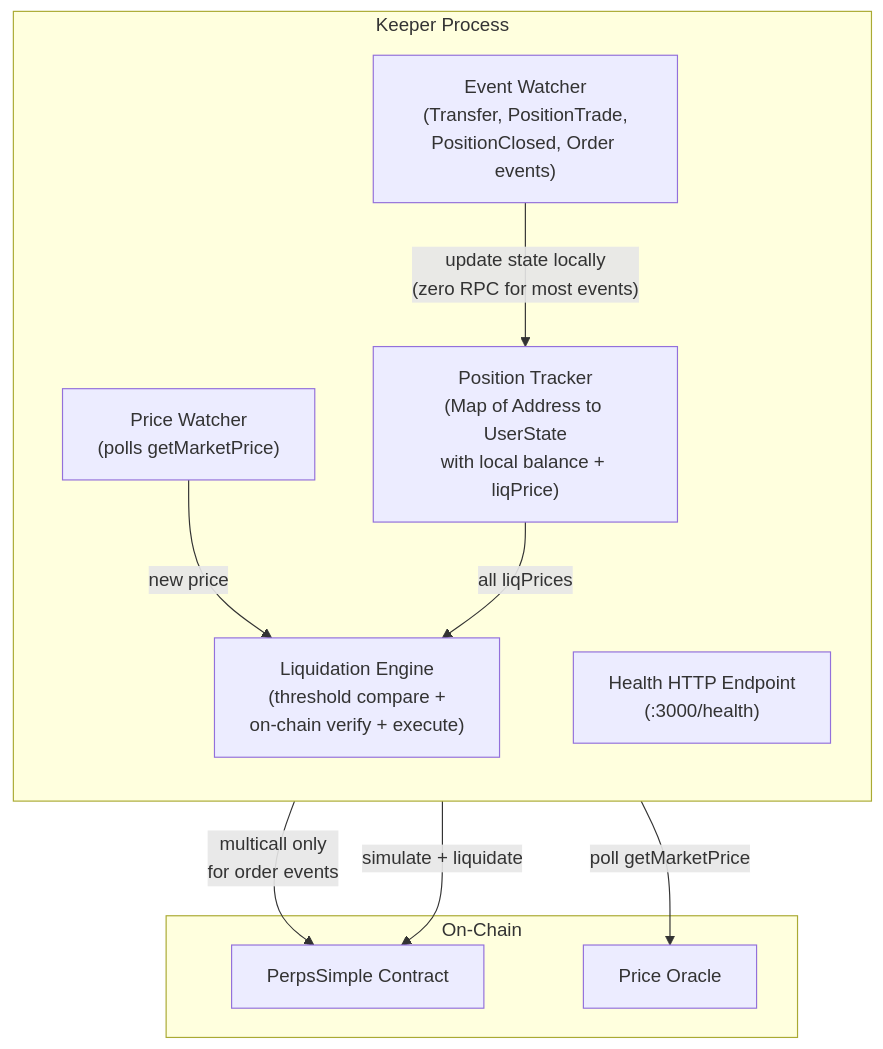
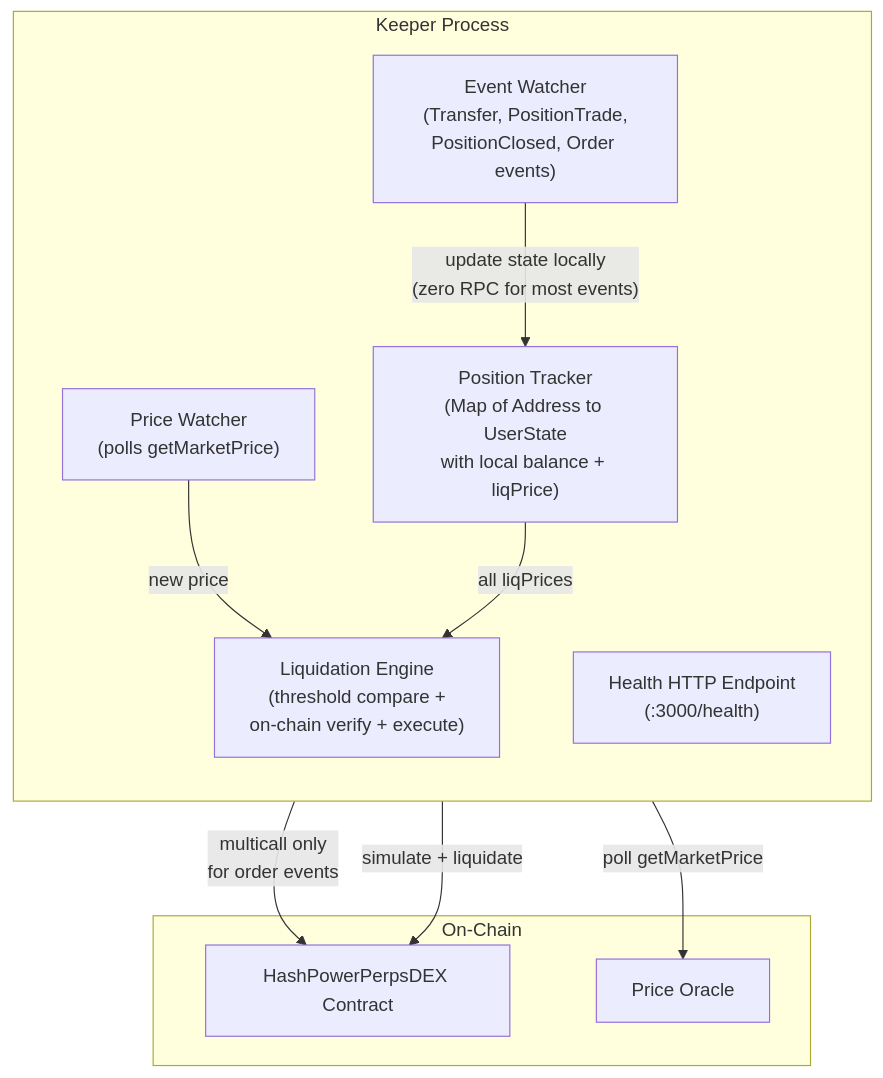
The diagram in keeper/README.md (Lumerin-protocol/derivatives-marketplace), drawn with Mermaid before and after one commit. The commit also changed other lines of this file and 68 other files, not shown here.

````diff
--- a/keeper/README.md
+++ b/keeper/README.md
@@ -81,23 +81,23 @@
 ```mermaid
 flowchart TB
     subgraph keeper [Keeper Process]
         direction TB
         EventWatcher["Event Watcher\n(Transfer, PositionTrade,\nPositionClosed, Order events)"]
         Tracker["Position Tracker\n(Map of Address to UserState\nwith local balance + liqPrice)"]
         PriceWatcher["Price Watcher\n(polls getMarketPrice)"]
         LiqEngine["Liquidation Engine\n(threshold compare +\non-chain verify + execute)"]
         HealthEndpoint["Health HTTP Endpoint\n(:3000/health)"]
     end
 
     subgraph chain [On-Chain]
-        PerpsContract["PerpsSimple Contract"]
+        PerpsContract["HashPowerPerpsDEX Contract"]
         Oracle["Price Oracle"]
     end
 
     EventWatcher -->|"update state locally\n(zero RPC for most events)"| Tracker
     Tracker -->|"multicall only\nfor order events"| PerpsContract
     PriceWatcher -->|"poll getMarketPrice"| Oracle
     PriceWatcher -->|"new price"| LiqEngine
     Tracker -->|"all liqPrices"| LiqEngine
     LiqEngine -->|"simulate + liquidate"| PerpsContract
 ```
````
